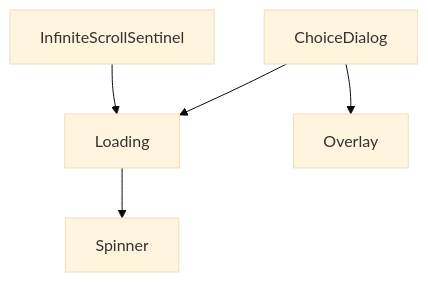
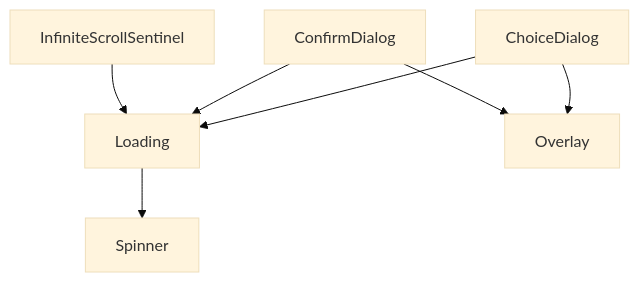
Before and after one commit to nekono-dev/skyshare: the diagram in src/components/common/README.md, drawn with Mermaid (base theme). The commit also changed other lines of this file and 17 other files, not shown here.

````diff
--- a/src/components/common/README.md
+++ b/src/components/common/README.md
@@ -5,7 +5,9 @@
 ```mermaid
 graph TD
   ChoiceDialog --> Loading
   ChoiceDialog --> Overlay
+  ConfirmDialog --> Loading
+  ConfirmDialog --> Overlay
   Loading --> Spinner
   InfiniteScrollSentinel --> Loading
 ```
````
